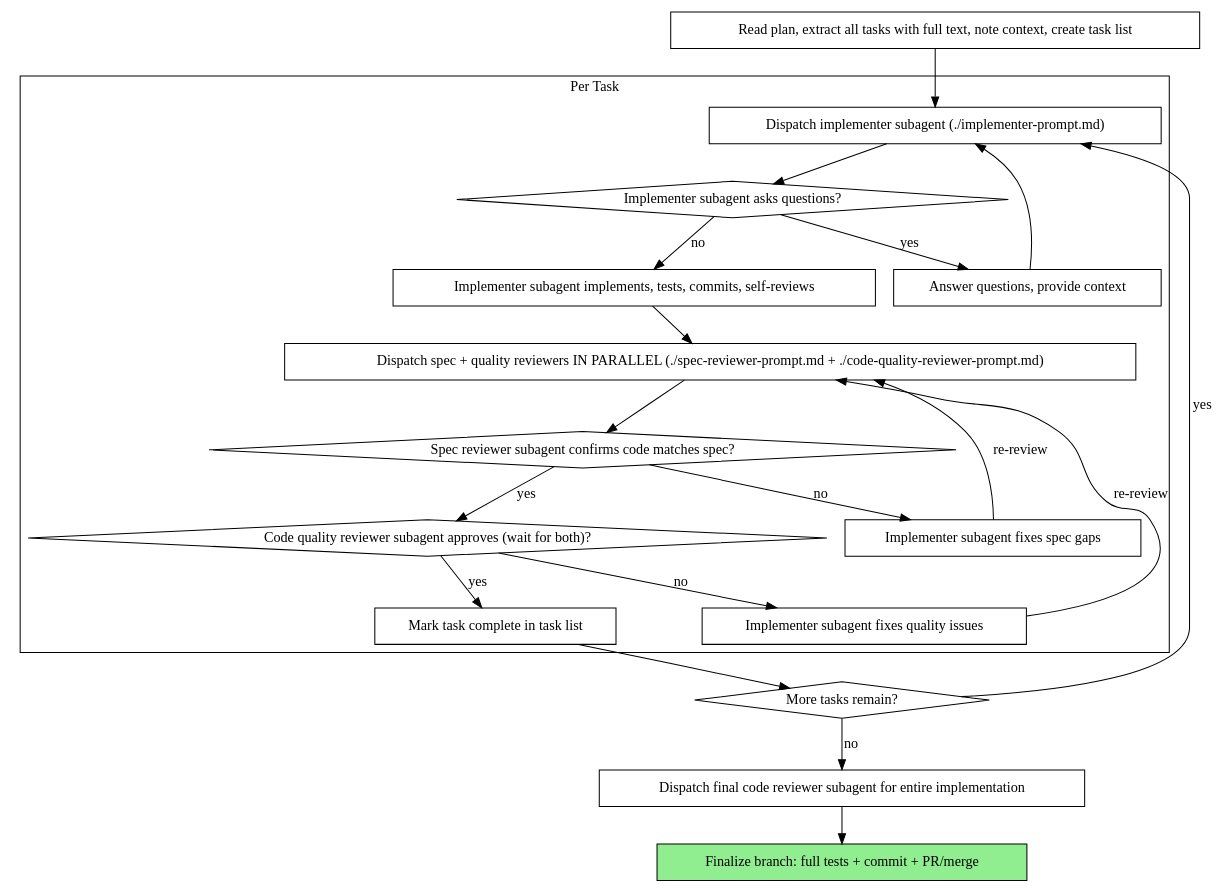
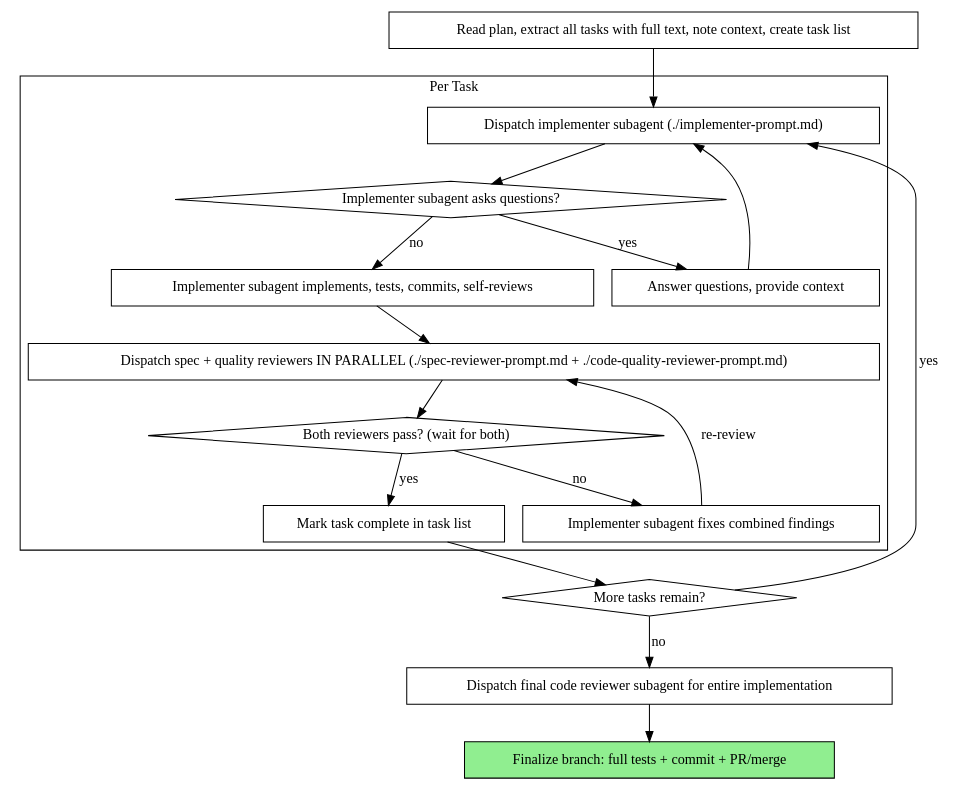
One commit to newkayak12/claude-skills changed the diagram in agents/skills/subagent-driven-development/SKILL.md. Above: the diagram before and after it, drawn with Graphviz. The commit also changed 5 other files, not shown here.

First line of the commit message:
agents/planning: SDD review loop as one both-pass decision; example shows both verdicts; rewrap planning README

````diff
--- a/agents/skills/subagent-driven-development/SKILL.md
+++ b/agents/skills/subagent-driven-development/SKILL.md
@@ -41,42 +41,37 @@
 ```dot
 digraph process {
     rankdir=TB;
 
     subgraph cluster_per_task {
         label="Per Task";
         "Dispatch implementer subagent (./implementer-prompt.md)" [shape=box];
         "Implementer subagent asks questions?" [shape=diamond];
         "Answer questions, provide context" [shape=box];
         "Implementer subagent implements, tests, commits, self-reviews" [shape=box];
         "Dispatch spec + quality reviewers IN PARALLEL (./spec-reviewer-prompt.md + ./code-quality-reviewer-prompt.md)" [shape=box];
-        "Spec reviewer subagent confirms code matches spec?" [shape=diamond];
-        "Implementer subagent fixes spec gaps" [shape=box];
-        "Code quality reviewer subagent approves (wait for both)?" [shape=diamond];
-        "Implementer subagent fixes quality issues" [shape=box];
+        "Both reviewers pass? (wait for both)" [shape=diamond];
+        "Implementer subagent fixes combined findings" [shape=box];
         "Mark task complete in task list" [shape=box];
     }
 
     "Read plan, extract all tasks with full text, note context, create task list" [shape=box];
     "More tasks remain?" [shape=diamond];
     "Dispatch final code reviewer subagent for entire implementation" [shape=box];
     "Finalize branch: full tests + commit + PR/merge" [shape=box style=filled fillcolor=lightgreen];
 
     "Read plan, extract all tasks with full text, note context, create task list" -> "Dispatch implementer subagent (./implementer-prompt.md)";
     "Dispatch implementer subagent (./implementer-prompt.md)" -> "Implementer subagent asks questions?";
     "Implementer subagent asks questions?" -> "Answer questions, provide context" [label="yes"];
     "Answer questions, provide context" -> "Dispatch implementer subagent (./implementer-prompt.md)";
     "Implementer subagent asks questions?" -> "Implementer subagent implements, tests, commits, self-reviews" [label="no"];
     "Implementer subagent implements, tests, commits, self-reviews" -> "Dispatch spec + quality reviewers IN PARALLEL (./spec-reviewer-prompt.md + ./code-quality-reviewer-prompt.md)";
-    "Dispatch spec + quality reviewers IN PARALLEL (./spec-reviewer-prompt.md + ./code-quality-reviewer-prompt.md)" -> "Spec reviewer subagent confirms code matches spec?";
-    "Spec reviewer subagent confirms code matches spec?" -> "Implementer subagent fixes spec gaps" [label="no"];
-    "Implementer subagent fixes spec gaps" -> "Dispatch spec + quality reviewers IN PARALLEL (./spec-reviewer-prompt.md + ./code-quality-reviewer-prompt.md)" [label="re-review"];
-    "Spec reviewer subagent confirms code matches spec?" -> "Code quality reviewer subagent approves (wait for both)?" [label="yes"];
-    "Code quality reviewer subagent approves (wait for both)?" -> "Implementer subagent fixes quality issues" [label="no"];
-    "Implementer subagent fixes quality issues" -> "Dispatch spec + quality reviewers IN PARALLEL (./spec-reviewer-prompt.md + ./code-quality-reviewer-prompt.md)" [label="re-review"];
-    "Code quality reviewer subagent approves (wait for both)?" -> "Mark task complete in task list" [label="yes"];
+    "Dispatch spec + quality reviewers IN PARALLEL (./spec-reviewer-prompt.md + ./code-quality-reviewer-prompt.md)" -> "Both reviewers pass? (wait for both)";
+    "Both reviewers pass? (wait for both)" -> "Implementer subagent fixes combined findings" [label="no"];
+    "Implementer subagent fixes combined findings" -> "Dispatch spec + quality reviewers IN PARALLEL (./spec-reviewer-prompt.md + ./code-quality-reviewer-prompt.md)" [label="re-review"];
+    "Both reviewers pass? (wait for both)" -> "Mark task complete in task list" [label="yes"];
     "Mark task complete in task list" -> "More tasks remain?";
     "More tasks remain?" -> "Dispatch implementer subagent (./implementer-prompt.md)" [label="yes"];
     "More tasks remain?" -> "Dispatch final code reviewer subagent for entire implementation" [label="no"];
     "Dispatch final code reviewer subagent for entire implementation" -> "Finalize branch: full tests + commit + PR/merge";
 }
 ```
````
